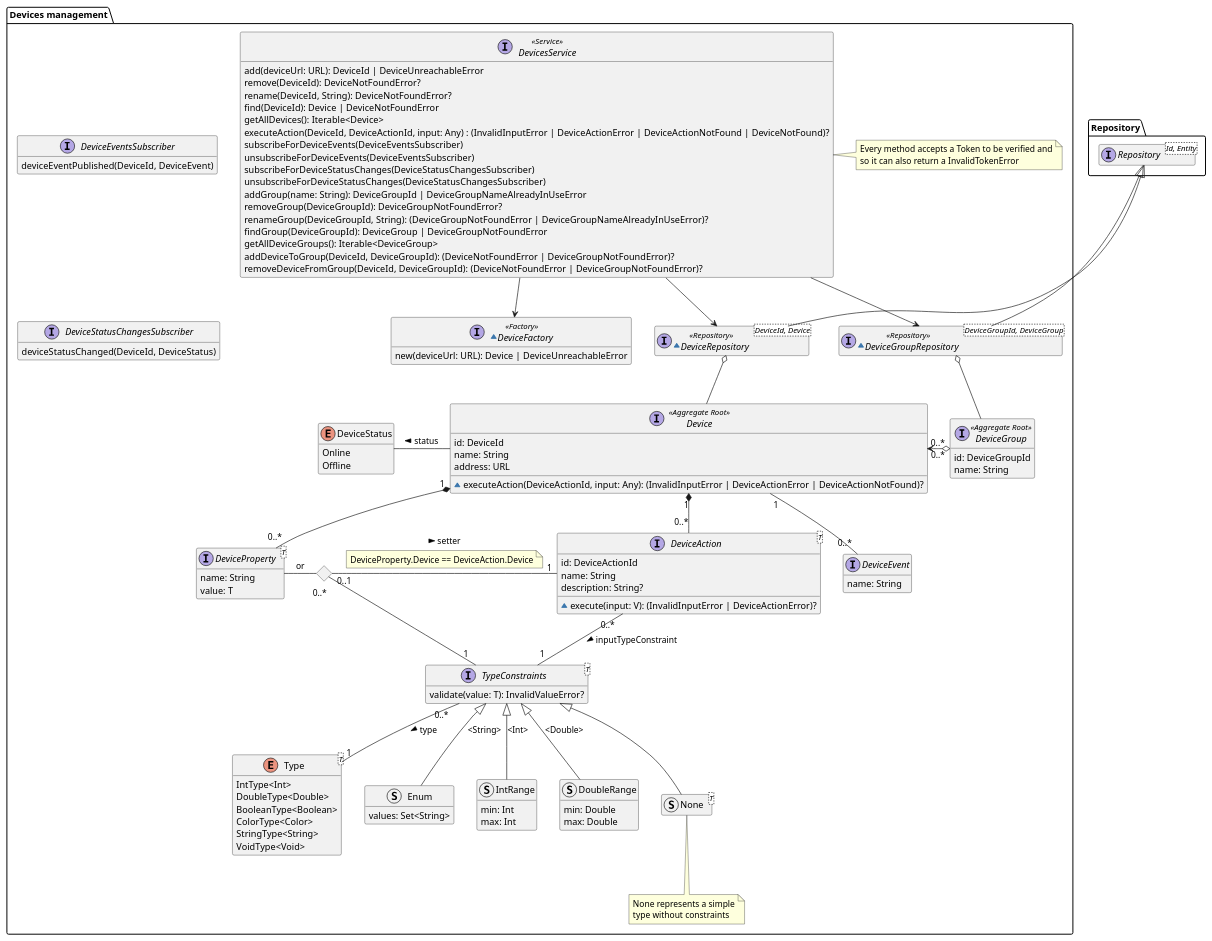
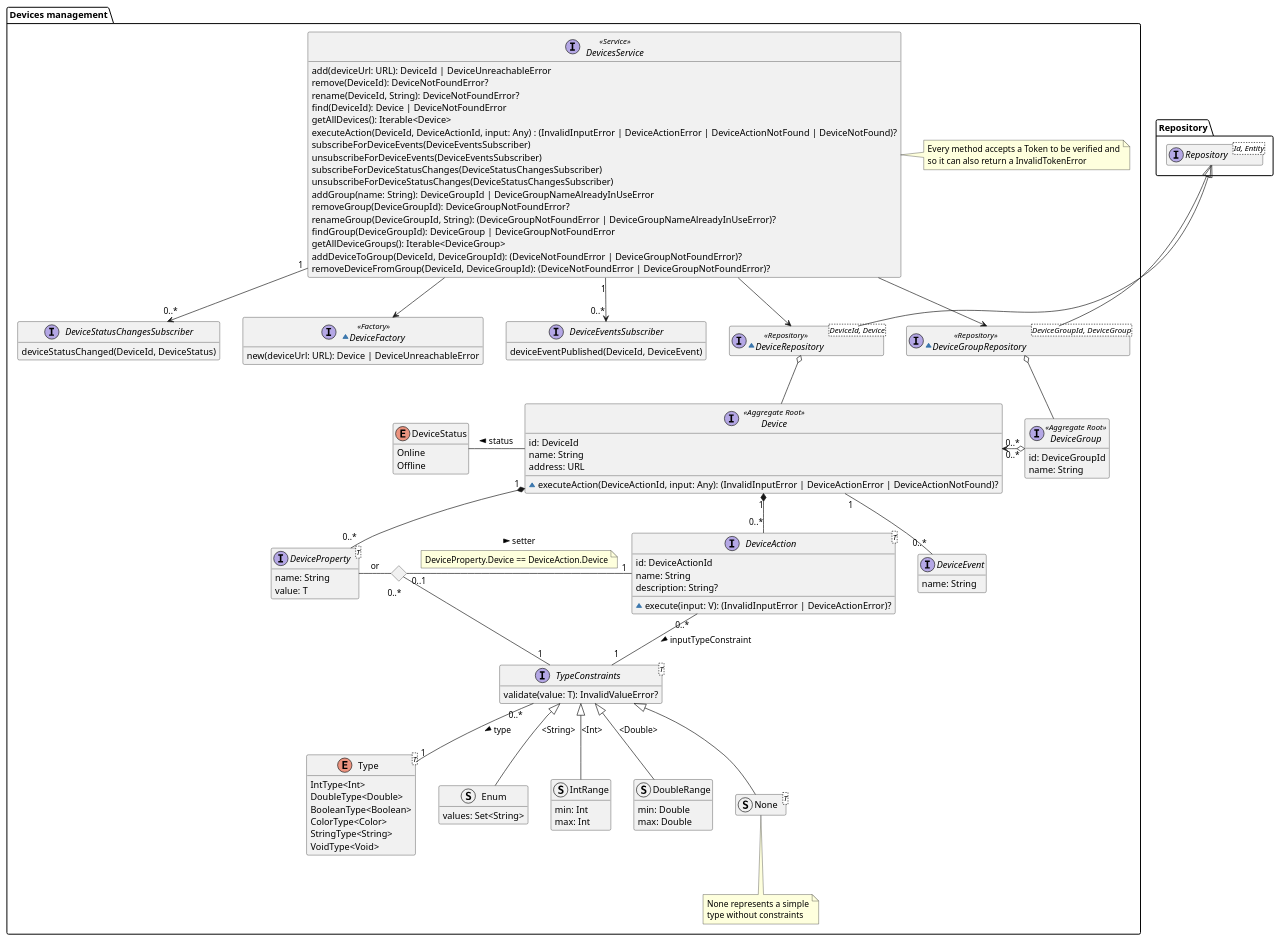
The diagram in diagrams/src/devices-management-domain-model.puml (DomoticASW/.github), drawn with PlantUML before and after one commit. The commit also changed 1 other file, not shown here.

Commit message:
add relations between DevicesService and subscribers

```diff
--- a/diagrams/src/devices-management-domain-model.puml
+++ b/diagrams/src/devices-management-domain-model.puml
@@ -1,148 +1,149 @@
 @startuml devices-management-domain-model
 
 hide empty members
 package Repository{
     interface Repository<Id, Entity>
 }
 
 package "Devices management" {
 
     interface Device <<Aggregate Root>> {
         id: DeviceId
         name: String
         address: URL
         ~ executeAction(DeviceActionId, input: Any): (InvalidInputError | DeviceActionError | DeviceActionNotFound)?
     }
 
     enum DeviceStatus {
         Online
         Offline
     }
 
     interface DeviceGroup <<Aggregate Root>> {
         id: DeviceGroupId
         name: String
     }
 
     enum Type<T> {
         IntType<Int>
         DoubleType<Double>
         BooleanType<Boolean>
         ColorType<Color>
         StringType<String>
         VoidType<Void>
     }
 
     interface TypeConstraints<T> {
         validate(value: T): InvalidValueError?
     }
 
     struct Enum {
         values: Set<String>
     }
 
     struct IntRange {
         min: Int
         max: Int
     }
 
     struct DoubleRange {
         min: Double
         max: Double
     }
 
     struct None<T>
     note bottom of None
         None represents a simple
         type without constraints
     end note
 
 
     interface DeviceProperty<T> {
         name: String
         value: T
     }
 
     interface DeviceAction<T> {
         id: DeviceActionId
         name: String
         description: String?
         ~ execute(input: V): (InvalidInputError | DeviceActionError)?
     }
 
     interface DeviceEvent {
         name: String
     }
 
     ~interface DeviceRepository<DeviceId, Device> <<Repository>> {
     }
     ~interface DeviceGroupRepository<DeviceGroupId, DeviceGroup> <<Repository>> {
     }
 
     interface DeviceEventsSubscriber {
         deviceEventPublished(DeviceId, DeviceEvent)
     }
 
     interface DeviceStatusChangesSubscriber {
         deviceStatusChanged(DeviceId, DeviceStatus)
     }
 
     interface DevicesService <<Service>> {
         add(deviceUrl: URL): DeviceId | DeviceUnreachableError
         remove(DeviceId): DeviceNotFoundError?
         rename(DeviceId, String): DeviceNotFoundError?
         find(DeviceId): Device | DeviceNotFoundError
         getAllDevices(): Iterable<Device>
         executeAction(DeviceId, DeviceActionId, input: Any) : (InvalidInputError | DeviceActionError | DeviceActionNotFound | DeviceNotFound)?
         subscribeForDeviceEvents(DeviceEventsSubscriber)
         unsubscribeForDeviceEvents(DeviceEventsSubscriber)
         subscribeForDeviceStatusChanges(DeviceStatusChangesSubscriber)
         unsubscribeForDeviceStatusChanges(DeviceStatusChangesSubscriber)
         addGroup(name: String): DeviceGroupId | DeviceGroupNameAlreadyInUseError
         removeGroup(DeviceGroupId): DeviceGroupNotFoundError?
         renameGroup(DeviceGroupId, String): (DeviceGroupNotFoundError | DeviceGroupNameAlreadyInUseError)?
         findGroup(DeviceGroupId): DeviceGroup | DeviceGroupNotFoundError
         getAllDeviceGroups(): Iterable<DeviceGroup>
         addDeviceToGroup(DeviceId, DeviceGroupId): (DeviceNotFoundError | DeviceGroupNotFoundError)?
         removeDeviceFromGroup(DeviceId, DeviceGroupId): (DeviceNotFoundError | DeviceGroupNotFoundError)?
     }
 
     note right of DevicesService
         Every method accepts a Token to be verified and
         so it can also return a InvalidTokenError
     end note
 
     ~interface DeviceFactory <<Factory>> {
         new(deviceUrl: URL): Device | DeviceUnreachableError
     }
 
 
     Device -l- DeviceStatus : "status >"
     Device "0..*"  <-r-o "0..*" DeviceGroup
     TypeConstraints "0..*" -- "1" Type : "type >"
     Enum -u-|> TypeConstraints : "<String>"
     IntRange -u-|> TypeConstraints : "<Int>"
     DoubleRange -u-|> TypeConstraints : "<Double>"
     None -u-|> TypeConstraints
     DeviceAction "0..*" -- "1" TypeConstraints : "inputTypeConstraint >"
     Device "1" *-- "0..*" DeviceProperty
     Device "1" *-- "0..*" DeviceAction
     <> Diamond
     DeviceProperty -r- Diamond : "or"
     Diamond "0..1" -r- "1" DeviceAction : "setter >"
     note on link
         DeviceProperty.Device == DeviceAction.Device
     end note
     Diamond "0..*" -- "1" TypeConstraints
     Device "1" -- "0..*" DeviceEvent
     DeviceGroupRepository -u-|> Repository.Repository
     DeviceGroupRepository o-- DeviceGroup
     DeviceRepository -u-|> Repository.Repository
     DeviceRepository o-- Device
     DevicesService --> DeviceRepository
     DevicesService --> DeviceGroupRepository
     DevicesService --> DeviceFactory
-    DeviceEventsSubscriber -[hidden]- DeviceStatusChangesSubscriber
+    DevicesService "1" --> "0..*" DeviceEventsSubscriber
+    DevicesService "1" --> "0..*" DeviceStatusChangesSubscriber
 }
 
 @enduml
```
